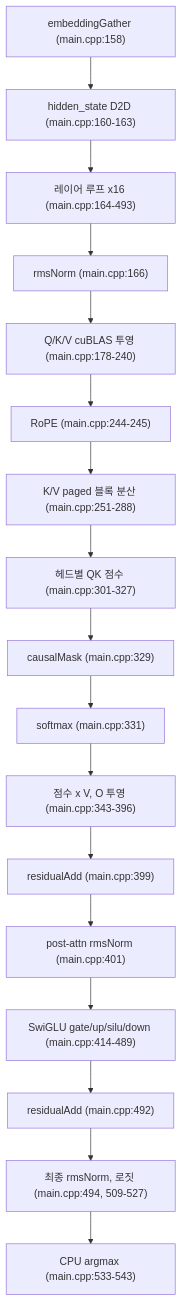
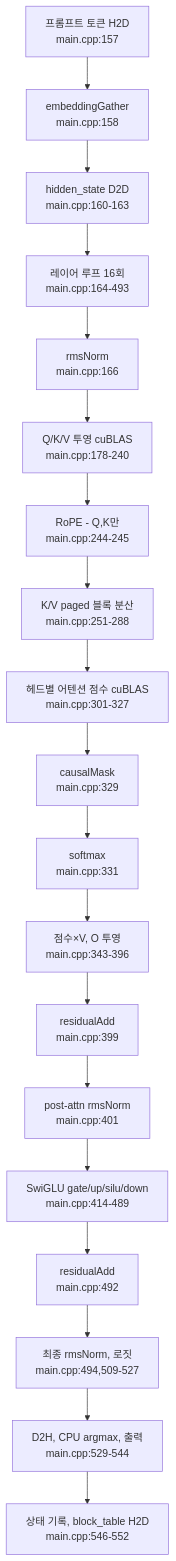
Before and after one commit to ryujaehun/ryujaehun.github.io: the first of 2 diagrams in data/code-series/jmaczan--tiny-vllm/articles/ko-03.md, drawn with Mermaid. The commit also changed other lines of this file and 13 other files, not shown here.

````diff
--- a/data/code-series/jmaczan--tiny-vllm/articles/ko-03.md
+++ b/data/code-series/jmaczan--tiny-vllm/articles/ko-03.md
@@ -38,19 +48,21 @@
 ```mermaid
 flowchart TD
-    A["embeddingGather (main.cpp:158)"] --> B["hidden_state D2D (main.cpp:160-163)"]
-    B --> C["레이어 루프 x16 (main.cpp:164-493)"]
-    C --> D["rmsNorm (main.cpp:166)"]
-    D --> E["Q/K/V cuBLAS 투영 (main.cpp:178-240)"]
-    E --> F["RoPE (main.cpp:244-245)"]
-    F --> G["K/V paged 블록 분산 (main.cpp:251-288)"]
-    G --> H["헤드별 QK 점수 (main.cpp:301-327)"]
-    H --> I["causalMask (main.cpp:329)"]
-    I --> J["softmax (main.cpp:331)"]
-    J --> K["점수 x V, O 투영 (main.cpp:343-396)"]
-    K --> L["residualAdd (main.cpp:399)"]
-    L --> M["post-attn rmsNorm (main.cpp:401)"]
-    M --> N["SwiGLU gate/up/silu/down (main.cpp:414-489)"]
-    N --> O["residualAdd (main.cpp:492)"]
-    O --> P["최종 rmsNorm, 로짓 (main.cpp:494, 509-527)"]
-    P --> Q["CPU argmax (main.cpp:533-543)"]
+    A["프롬프트 토큰 H2D<br/>main.cpp:157"] --> B["embeddingGather<br/>main.cpp:158"]
+    B --> C["hidden_state D2D<br/>main.cpp:160-163"]
+    C --> D["레이어 루프 16회<br/>main.cpp:164-493"]
+    D --> E["rmsNorm<br/>main.cpp:166"]
+    E --> F["Q/K/V 투영 cuBLAS<br/>main.cpp:178-240"]
+    F --> G["RoPE - Q,K만<br/>main.cpp:244-245"]
+    G --> H["K/V paged 블록 분산<br/>main.cpp:251-288"]
+    H --> I["헤드별 어텐션 점수 cuBLAS<br/>main.cpp:301-327"]
+    I --> J["causalMask<br/>main.cpp:329"]
+    J --> K["softmax<br/>main.cpp:331"]
+    K --> L["점수×V, O 투영<br/>main.cpp:343-396"]
+    L --> M["residualAdd<br/>main.cpp:399"]
+    M --> N["post-attn rmsNorm<br/>main.cpp:401"]
+    N --> O["SwiGLU gate/up/silu/down<br/>main.cpp:414-489"]
+    O --> P["residualAdd<br/>main.cpp:492"]
+    P --> Q["최종 rmsNorm, 로짓<br/>main.cpp:494,509-527"]
+    Q --> R["D2H, CPU argmax, 출력<br/>main.cpp:529-544"]
+    R --> S["상태 기록, block_table H2D<br/>main.cpp:546-552"]
 ```
````
